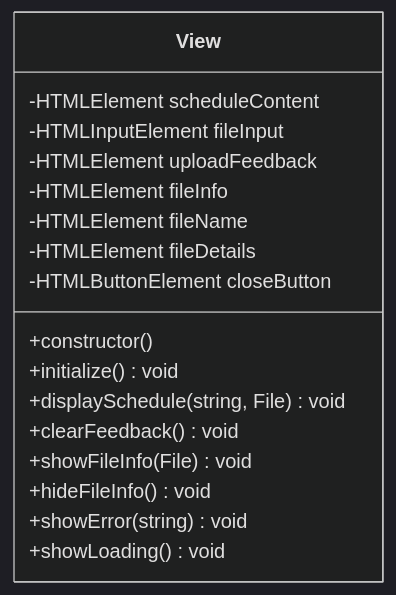
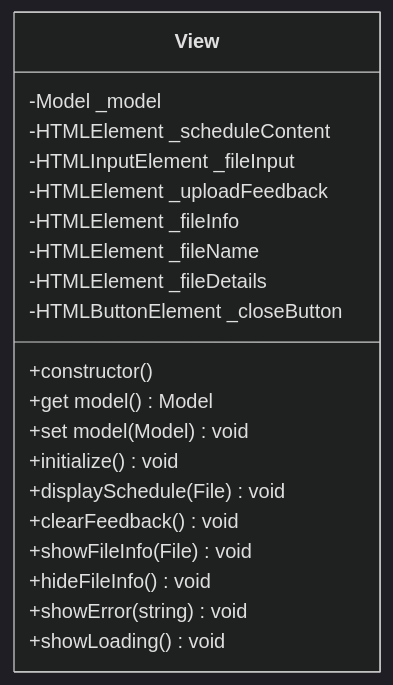
The fourth of 4 diagrams in HW1/JavaScript/README.md (ahmetcankaratas/transformer), drawn with Mermaid (dark theme) before and after one commit. The commit also changed other lines of this file and 3 other files, not shown here.

Commit message:
improve usage of get and set methods

````diff
--- a/HW1/JavaScript/README.md
+++ b/HW1/JavaScript/README.md
@@ -123,20 +126,23 @@
 ```mermaid
 classDiagram
     class View {
-        -HTMLElement scheduleContent
-        -HTMLInputElement fileInput
-        -HTMLElement uploadFeedback
-        -HTMLElement fileInfo
-        -HTMLElement fileName
-        -HTMLElement fileDetails
-        -HTMLButtonElement closeButton
+        -Model _model
+        -HTMLElement _scheduleContent
+        -HTMLInputElement _fileInput
+        -HTMLElement _uploadFeedback
+        -HTMLElement _fileInfo
+        -HTMLElement _fileName
+        -HTMLElement _fileDetails
+        -HTMLButtonElement _closeButton
         +constructor()
+        +get model() Model
+        +set model(Model) void
         +initialize() void
-        +displaySchedule(string, File) void
+        +displaySchedule(File) void
         +clearFeedback() void
         +showFileInfo(File) void
         +hideFileInfo() void
         +showError(string) void
         +showLoading() void
     }
 ```
````
